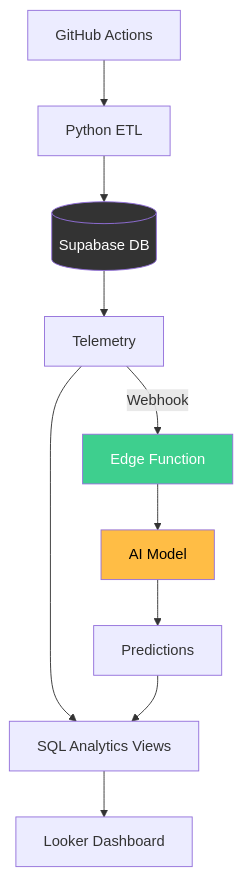
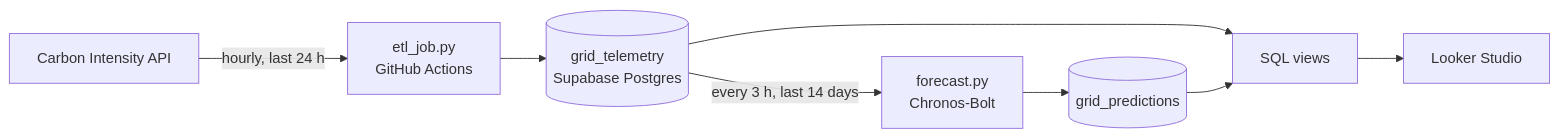
Before and after one commit to Jfor12/energy-stream-etl: the diagram in README.md, drawn with Mermaid. The commit also changed other lines of this file and 14 other files, not shown here.

````diff
--- a/README.md
+++ b/README.md
@@ -5,18 +7,10 @@
 ```mermaid
-flowchart TD
-    A[GitHub Actions] --> B[Python ETL]
-    B --> C[(Supabase DB)]
-    
-    C --> D[Telemetry]
-    D -->|Webhook| G[Edge Function]
-    G --> H[AI Model]
-    H --> I[Predictions]
-    
-    D --> V[SQL Analytics Views]
-    I --> V
-    V --> F[Looker Dashboard]
-
-    style G fill:#3ecf8e,color:#fff
-    style H fill:#ffbd45,color:#000
-    style C fill:#333,color:#fff
+flowchart LR
+    API[Carbon Intensity API] -->|hourly, last 24 h| ETL[etl_job.py<br>GitHub Actions]
+    ETL --> T[(grid_telemetry<br>Supabase Postgres)]
+    T -->|every 3 h, last 14 days| F[forecast.py<br>Chronos-Bolt]
+    F --> P[(grid_predictions)]
+    T --> V[SQL views]
+    P --> V
+    V --> L[Looker Studio]
 ```
````
